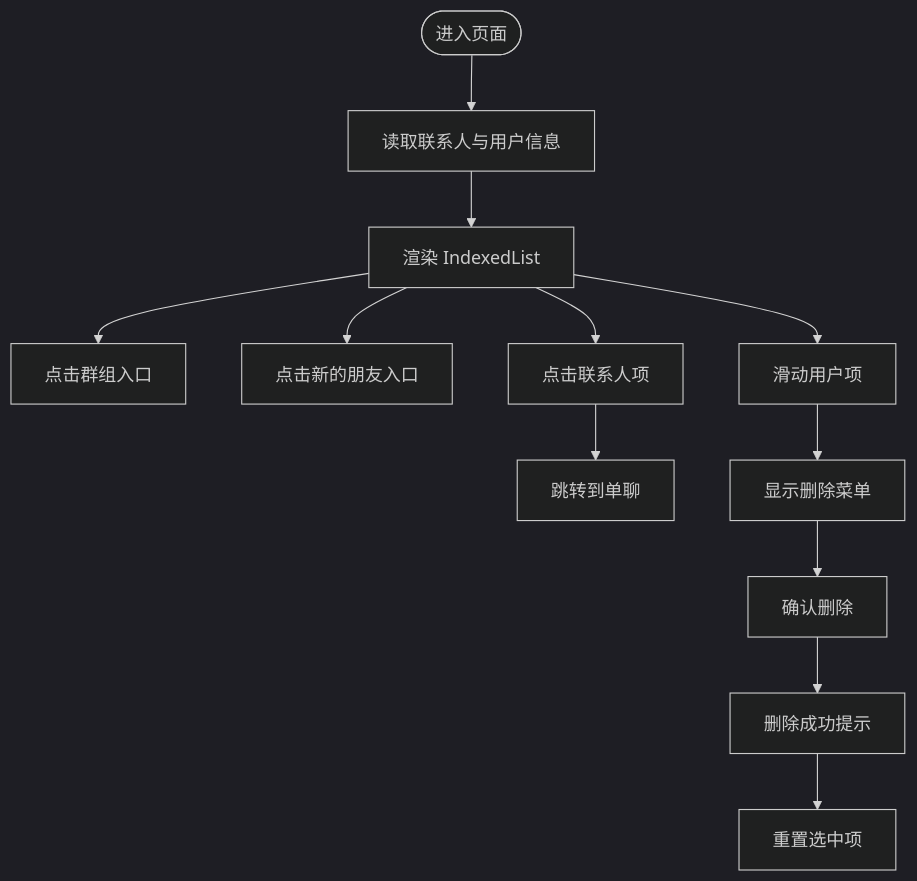
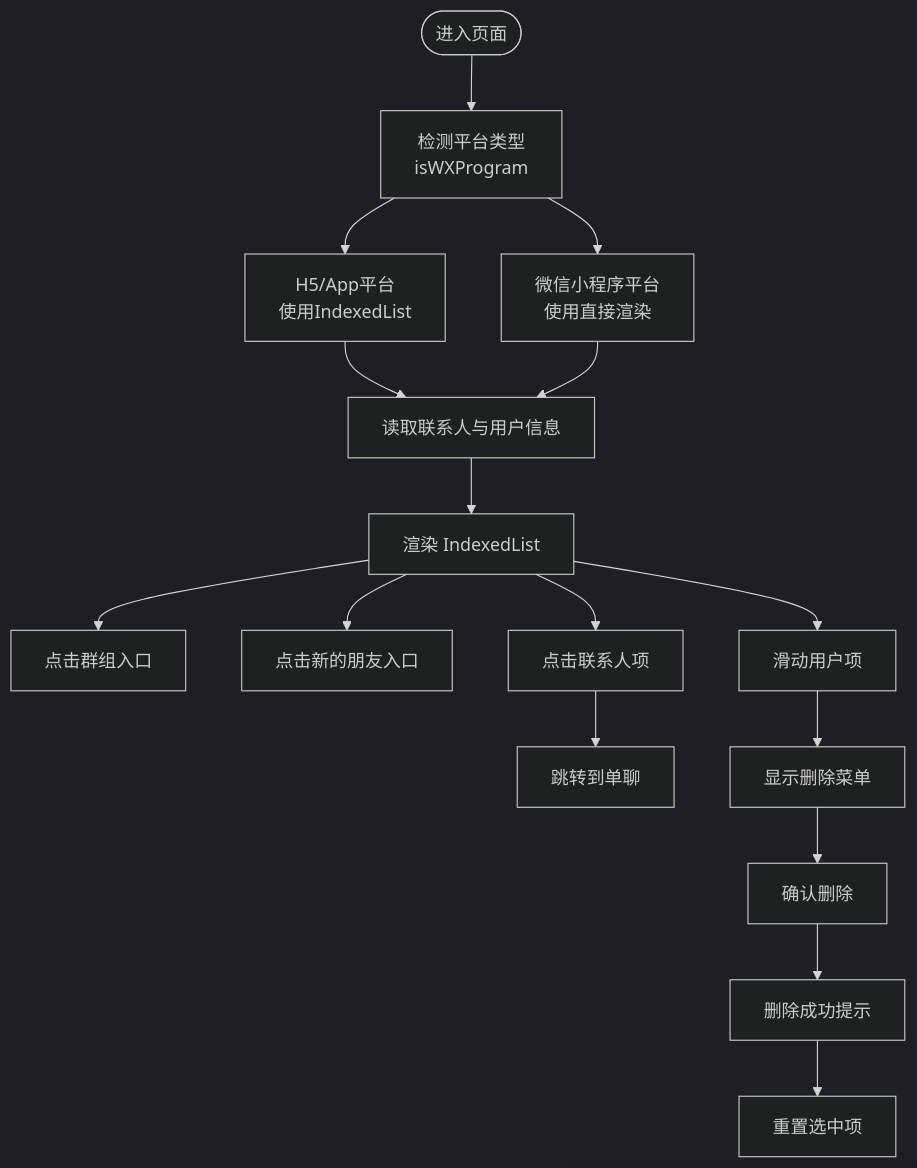
Before and after one commit to Easemob-Community/easemob-uikit-uniapp-community: the third of 8 diagrams in .qoder/repowiki/zh/content/联系人模块/联系人列表.md, drawn with Mermaid (dark theme). The commit also changed other lines of this file and 6 other files, not shown here.

````diff
--- a/.qoder/repowiki/zh/content/联系人模块/联系人列表.md
+++ b/.qoder/repowiki/zh/content/联系人模块/联系人列表.md
@@ -182,14 +188,18 @@
 ```mermaid
 flowchart TD
-Start(["进入页面"]) --> LoadData["读取联系人与用户信息"]
+Start(["进入页面"]) --> PlatformCheck["检测平台类型<br/>isWXProgram"]
+PlatformCheck --> H5App["H5/App平台<br/>使用IndexedList"]
+PlatformCheck --> WX["微信小程序平台<br/>使用直接渲染"]
+H5App --> LoadData["读取联系人与用户信息"]
+WX --> LoadData
 LoadData --> RenderList["渲染 IndexedList"]
 RenderList --> TapGroup["点击群组入口"]
 RenderList --> TapRequest["点击新的朋友入口"]
 RenderList --> TapUser["点击联系人项"]
 TapUser --> Navigate["跳转到单聊"]
 RenderList --> Swipe["滑动用户项"]
 Swipe --> ShowMenu["显示删除菜单"]
 ShowMenu --> ConfirmDelete["确认删除"]
 ConfirmDelete --> DeleteSuccess["删除成功提示"]
 DeleteSuccess --> ResetSel["重置选中项"]
 ```
````
